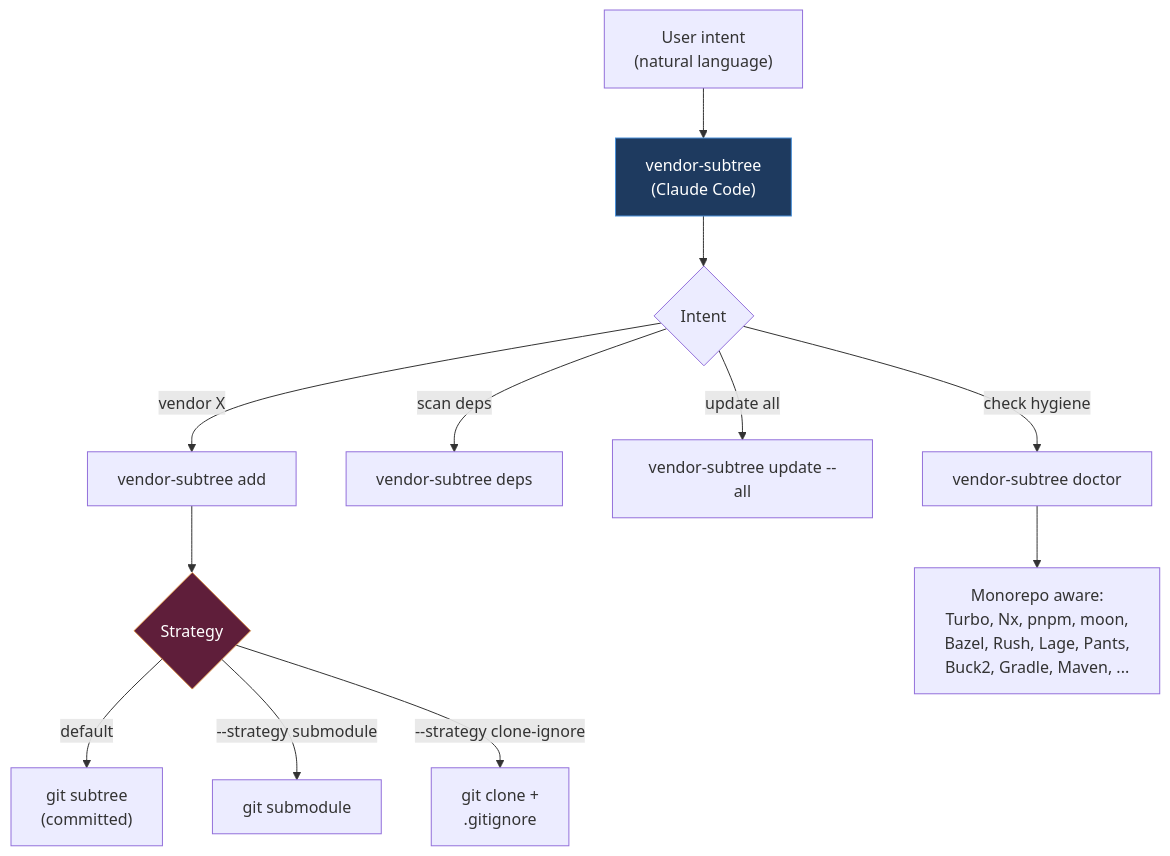
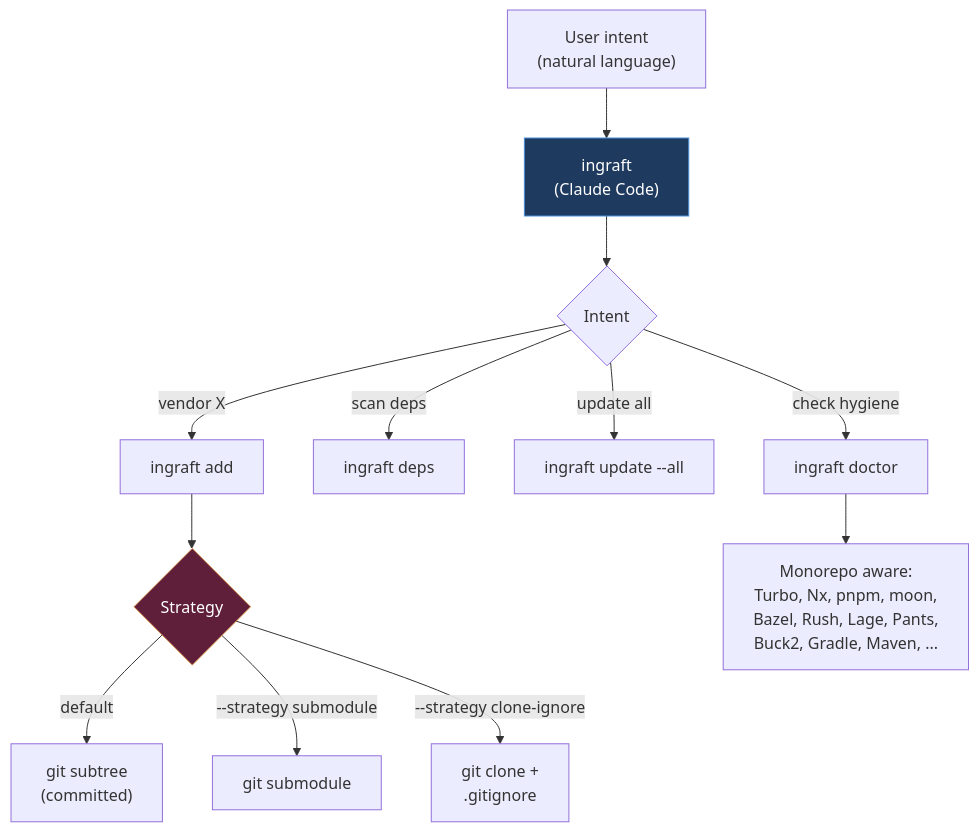
Before and after one commit to gunta/ingraft: the third of 14 diagrams in docs/comparison.mdx, drawn with Mermaid. The commit also changed other lines of this file and 225 other files, not shown here.

First line of the commit message:
Refactor project to rename and transition from vendor-subtree to ingraft

````diff
--- a/docs/comparison.mdx
+++ b/docs/comparison.mdx
@@ -164,19 +168,19 @@
 ```mermaid
 flowchart TB
-  User["User intent<br/>(natural language)"] --> Skill["vendor-subtree<br/>(Claude Code)"]
+  User["User intent<br/>(natural language)"] --> Skill["ingraft<br/>(Claude Code)"]
   Skill --> Router{Intent}
-  Router -->|"vendor X"| Add["vendor-subtree add"]
-  Router -->|"scan deps"| Deps["vendor-subtree deps"]
-  Router -->|"update all"| Update["vendor-subtree update --all"]
-  Router -->|"check hygiene"| Doctor["vendor-subtree doctor"]
+  Router -->|"vendor X"| Add["ingraft add"]
+  Router -->|"scan deps"| Deps["ingraft deps"]
+  Router -->|"update all"| Update["ingraft update --all"]
+  Router -->|"check hygiene"| Doctor["ingraft doctor"]
 
   Add --> Strategy{Strategy}
   Strategy -->|default| Subtree["git subtree<br/>(committed)"]
   Strategy -->|"--strategy submodule"| Sub["git submodule"]
   Strategy -->|"--strategy clone-ignore"| Clone["git clone +<br/>.gitignore"]
 
   Doctor --> Mono["Monorepo aware:<br/>Turbo, Nx, pnpm, moon,<br/>Bazel, Rush, Lage, Pants,<br/>Buck2, Gradle, Maven, ..."]
 
   style Skill fill:#1e3a5f,stroke:#4a90d9,color:#fff
   style Strategy fill:#5f1e3a,stroke:#d9904a,color:#fff
 ```
````
